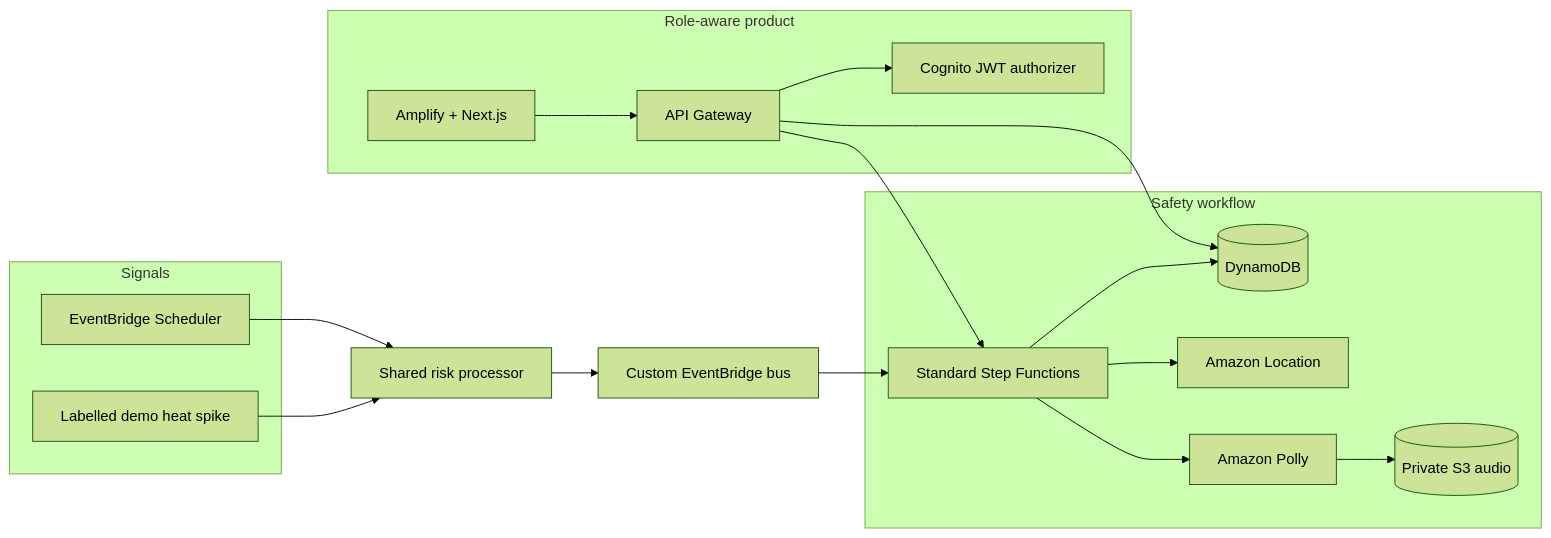
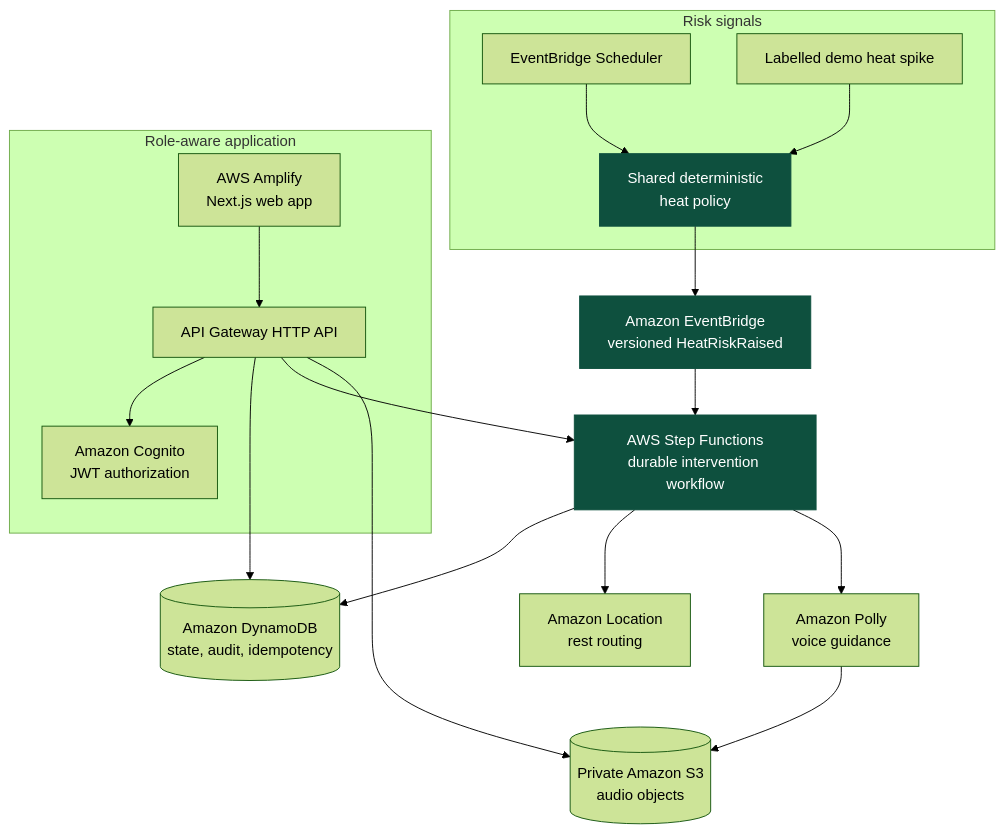
One commit to abhinav0singh/TapSaathi changed the second of 2 diagrams in README.md. Above: the diagram before and after it, drawn with Mermaid (forest theme). The commit also changed other lines of this file, not shown here.

````diff
--- a/README.md
+++ b/README.md
@@ -85,26 +102,22 @@
 ```mermaid
-flowchart LR
-    subgraph Signals
-      A[EventBridge Scheduler]
-      B[Labelled demo heat spike]
+flowchart TB
+    subgraph INPUT[Risk signals]
+      S[EventBridge Scheduler] --> P[Shared deterministic<br/>heat policy]
+      X[Labelled demo heat spike] --> P
     end
-
-    A --> C[Shared risk processor]
-    B --> C
-    C --> D[Custom EventBridge bus]
-    D --> E[Standard Step Functions]
-
-    subgraph Safety workflow
-      E --> F[(DynamoDB)]
-      E --> G[Amazon Location]
-      E --> H[Amazon Polly]
-      H --> I[(Private S3 audio)]
+    P --> EB[Amazon EventBridge<br/>versioned HeatRiskRaised]
+    EB --> SF[AWS Step Functions<br/>durable intervention workflow]
+    SF --> DB[(Amazon DynamoDB<br/>state, audit, idempotency)]
+    SF --> LOC[Amazon Location<br/>rest routing]
+    SF --> POLLY[Amazon Polly<br/>voice guidance]
+    POLLY --> S3[(Private Amazon S3<br/>audio objects)]
+    subgraph APP[Role-aware application]
+      WEB[AWS Amplify<br/>Next.js web app] --> API[API Gateway HTTP API]
+      API --> AUTH[Amazon Cognito<br/>JWT authorization]
     end
-
-    subgraph Role-aware product
-      J[Amplify + Next.js] --> K[API Gateway]
-      K --> L[Cognito JWT authorizer]
-      K --> F
-      K --> E
-    end
+    API --> DB
+    API --> SF
+    API --> S3
+    classDef core fill:#0e503e,color:#fff,stroke:#0e503e
+    class P,EB,SF core
 ```
````
